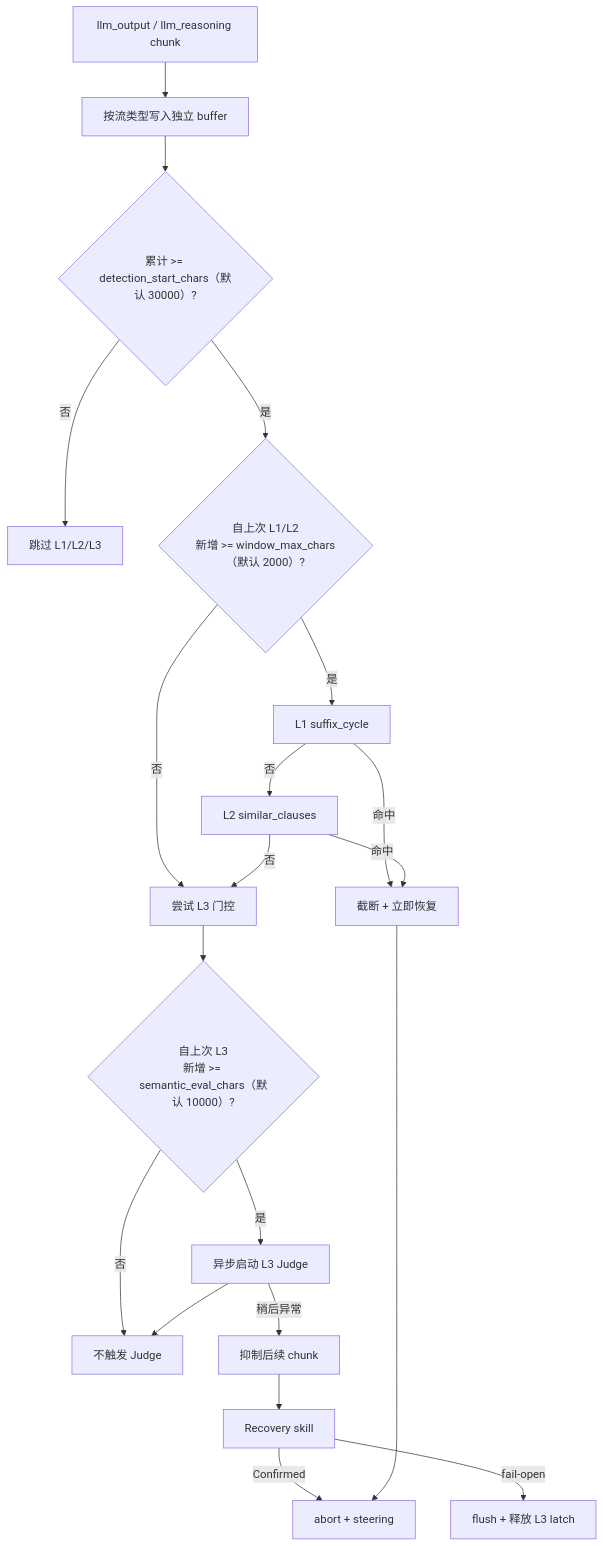
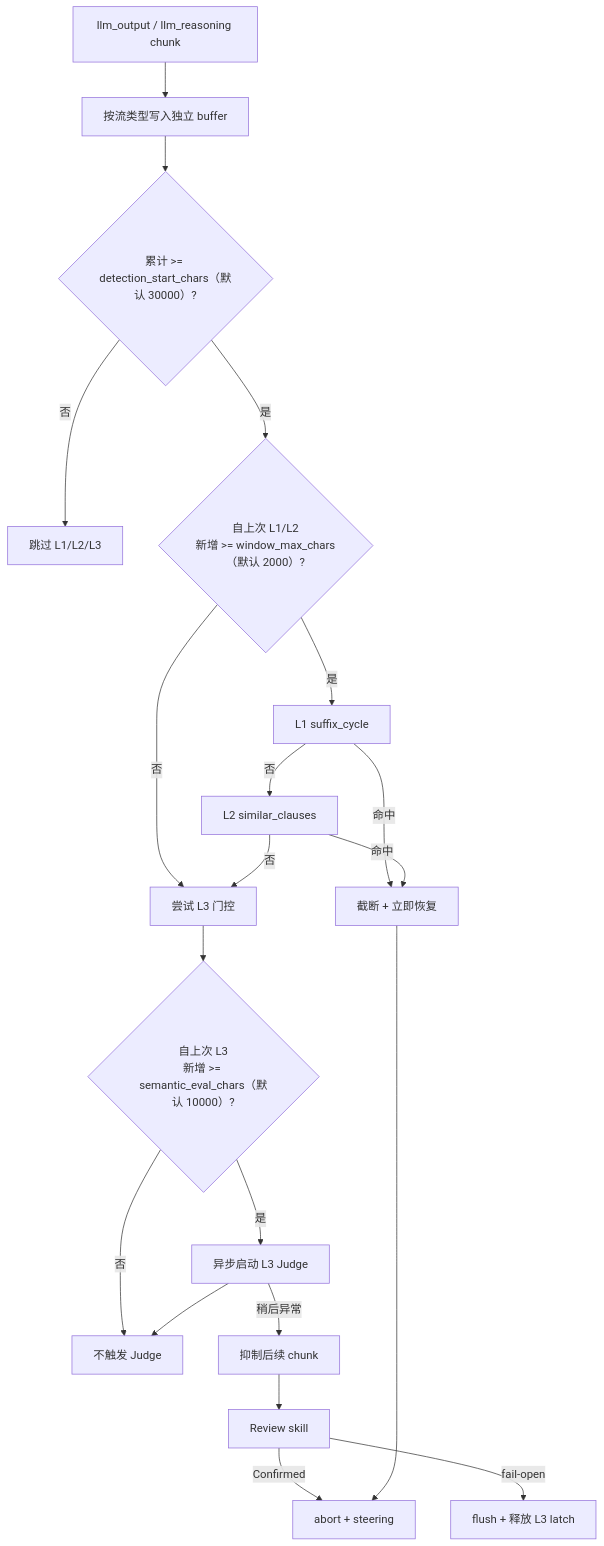
The third of 3 diagrams in docs/agent-ras/designs/features/thinking-loop.md (openeuler-mirror/agent-insight), drawn with Mermaid before and after one commit. The commit also changed other lines of this file and 34 other files, not shown here.

````diff
--- a/docs/agent-ras/designs/features/thinking-loop.md
+++ b/docs/agent-ras/designs/features/thinking-loop.md
@@ -176,23 +180,23 @@
 ```mermaid
 flowchart TD
   chunk["llm_output / llm_reasoning chunk"]
   chunk --> buf["按流类型写入独立 buffer"]
   buf --> g0{"累计 >= detection_start_chars（默认 30000）?"}
   g0 -->|否| pass0["跳过 L1/L2/L3"]
   g0 -->|是| g12{"自上次 L1/L2\n新增 >= window_max_chars（默认 2000）?"}
   g12 -->|否| tryL3["尝试 L3 门控"]
   g12 -->|是| L1["L1 suffix_cycle"]
   L1 -->|命中| hit12["截断 + 立即恢复"]
   L1 -->|否| L2["L2 similar_clauses"]
   L2 -->|命中| hit12
   L2 -->|否| tryL3
   tryL3 --> g3{"自上次 L3\n新增 >= semantic_eval_chars（默认 10000）?"}
   g3 -->|否| pass2["不触发 Judge"]
   g3 -->|是| L3["异步启动 L3 Judge"]
   L3 --> pass2
   L3 -->|"稍后异常"| suppress["抑制后续 chunk"]
-  suppress --> Rev["Recovery skill"]
+  suppress --> Rev["Review skill"]
   Rev -->|"Confirmed"| abort["abort + steering"]
   Rev -->|"fail-open"| flush["flush + 释放 L3 latch"]
   hit12 --> abort
 ```
````
